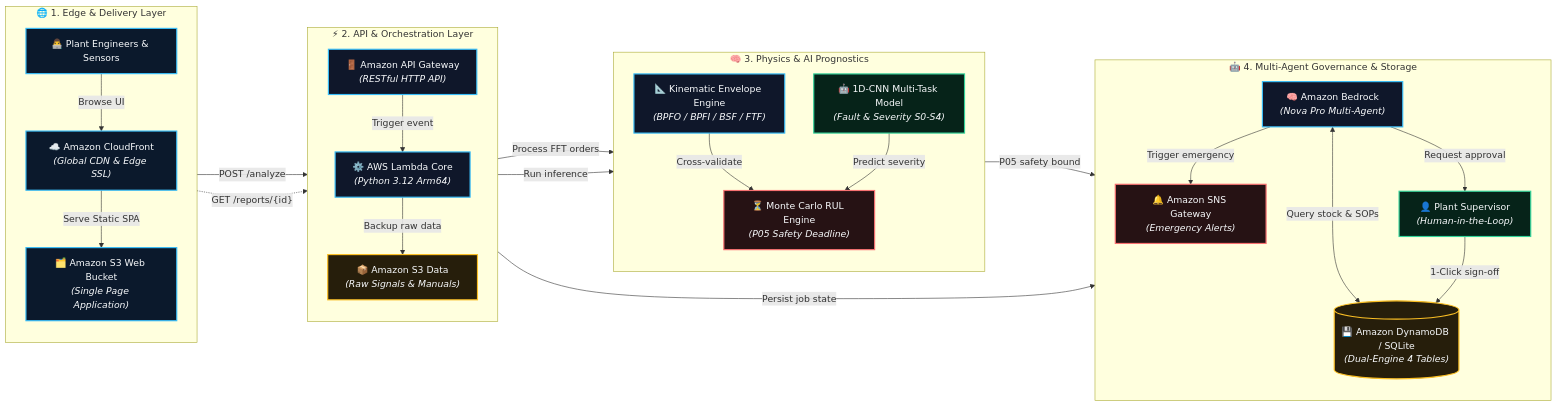
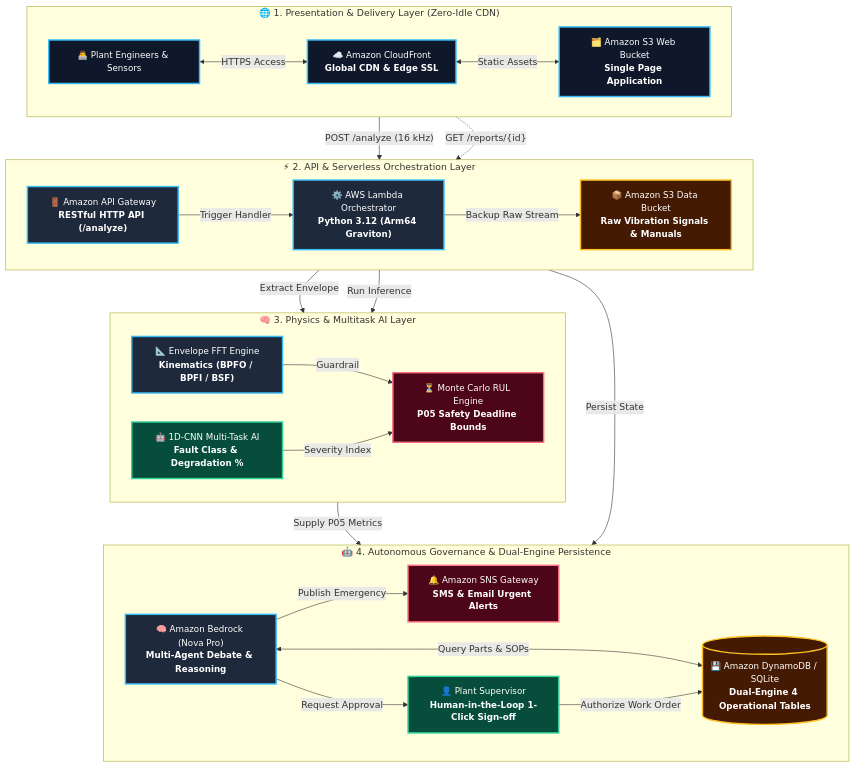
One commit to AungMoonLord/Predictive-Maintenance-Using-Vibration-Data changed the diagram in PRESENTATION.md. Above: the diagram before and after it, drawn with Mermaid. The commit also changed 1 other file, not shown here.

Commit message:
docs: optimize Mermaid diagram layout for GitHub markdown viewport and fix sequence rendering

````diff
--- a/PRESENTATION.md
+++ b/PRESENTATION.md
@@ -82,62 +82,62 @@
 ```mermaid
-flowchart LR
-    %% Modern Pastel & High-Contrast Palette
-    classDef clientClass fill:#0B192C,stroke:#38BDF8,stroke-width:2px,color:#F8FAFC;
-    classDef computeClass fill:#0F172A,stroke:#38BDF8,stroke-width:2px,color:#F8FAFC;
-    classDef aiClass fill:#062319,stroke:#34D399,stroke-width:2px,color:#F8FAFC;
-    classDef dangerClass fill:#261214,stroke:#F87171,stroke-width:2px,color:#F8FAFC;
-    classDef storageClass fill:#261E0B,stroke:#FBBF24,stroke-width:2px,color:#F8FAFC;
+flowchart TD
+    %% Modern High-Contrast Palette with Large Readable Typography
+    classDef edgeClass fill:#0F172A,stroke:#38BDF8,stroke-width:2.5px,color:#FFFFFF,font-size:15px;
+    classDef computeClass fill:#1E293B,stroke:#38BDF8,stroke-width:2.5px,color:#FFFFFF,font-size:15px;
+    classDef aiClass fill:#064E3B,stroke:#34D399,stroke-width:2.5px,color:#FFFFFF,font-size:15px;
+    classDef dangerClass fill:#4C0519,stroke:#FB7185,stroke-width:2.5px,color:#FFFFFF,font-size:15px;
+    classDef storageClass fill:#451A03,stroke:#FBBF24,stroke-width:2.5px,color:#FFFFFF,font-size:15px;
 
-    %% Layer 1: Edge & Presentation
-    subgraph L1 ["🌐 1. Edge & Delivery Layer"]
-        direction TB
-        USER["👨‍💻 Plant Engineers & Sensors"]:::clientClass
-        CF["☁️ Amazon CloudFront<br/><i>(Global CDN & Edge SSL)</i>"]:::clientClass
-        S3W["🗂️ Amazon S3 Web Bucket<br/><i>(Single Page Application)</i>"]:::clientClass
-        USER -->|"Browse UI"| CF
-        CF -->|"Serve Static SPA"| S3W
+    %% Level 1: Client & Delivery
+    subgraph S1 ["🌐 1. Presentation & Delivery Layer (Zero-Idle CDN)"]
+        direction LR
+        USER["👨‍💻 Plant Engineers & Sensors"]:::edgeClass
+        CF["☁️ Amazon CloudFront<br/><b>Global CDN & Edge SSL</b>"]:::edgeClass
+        S3W["🗂️ Amazon S3 Web Bucket<br/><b>Single Page Application</b>"]:::edgeClass
+        USER <-->|"HTTPS Access"| CF
+        CF <-->|"Static Assets"| S3W
     end
 
-    %% Layer 2: API & Orchestration
-    subgraph L2 ["⚡ 2. API & Orchestration Layer"]
-        direction TB
-        API["🚪 Amazon API Gateway<br/><i>(RESTful HTTP API)</i>"]:::computeClass
-        LAM["⚙️ AWS Lambda Core<br/><i>(Python 3.12 Arm64)</i>"]:::computeClass
-        S3D["📦 Amazon S3 Data<br/><i>(Raw Signals & Manuals)</i>"]:::storageClass
-        API -->|"Trigger event"| LAM
-        LAM -->|"Backup raw data"| S3D
+    %% Level 2: API & Core Orchestration
+    subgraph S2 ["⚡ 2. API & Serverless Orchestration Layer"]
+        direction LR
+        APIGW["🚪 Amazon API Gateway<br/><b>RESTful HTTP API (/analyze)</b>"]:::computeClass
+        LAMBDA["⚙️ AWS Lambda Orchestrator<br/><b>Python 3.12 (Arm64 Graviton)</b>"]:::computeClass
+        S3DATA["📦 Amazon S3 Data Bucket<br/><b>Raw Vibration Signals & Manuals</b>"]:::storageClass
+        APIGW -->|"Trigger Handler"| LAMBDA
+        LAMBDA -->|"Backup Raw Stream"| S3DATA
     end
 
-    USER -->|"POST /analyze"| API
+    USER -->|"POST /analyze (16 kHz)"| APIGW
 
-    %% Layer 3: Physics & AI Prognostics
-    subgraph L3 ["🧠 3. Physics & AI Prognostics"]
-        direction TB
-        PHY["📐 Kinematic Envelope Engine<br/><i>(BPFO / BPFI / BSF / FTF)</i>"]:::computeClass
-        MTL["🤖 1D-CNN Multi-Task Model<br/><i>(Fault & Severity S0-S4)</i>"]:::aiClass
-        RUL["⏳ Monte Carlo RUL Engine<br/><i>(P05 Safety Deadline)</i>"]:::dangerClass
-        PHY -->|"Cross-validate"| RUL
-        MTL -->|"Predict severity"| RUL
+    %% Level 3: Physics & AI Prognostics
+    subgraph S3 ["🧠 3. Physics & Multitask AI Layer"]
+        direction LR
+        PHYSICS["📐 Envelope FFT Engine<br/><b>Kinematics (BPFO / BPFI / BSF)</b>"]:::computeClass
+        MTL["🤖 1D-CNN Multi-Task AI<br/><b>Fault Class & Degradation %</b>"]:::aiClass
+        RUL["⏳ Monte Carlo RUL Engine<br/><b>P05 Safety Deadline Bounds</b>"]:::dangerClass
+        PHYSICS -->|"Guardrail"| RUL
+        MTL -->|"Severity Index"| RUL
     end
 
-    LAM -->|"Process FFT orders"| PHY
-    LAM -->|"Run inference"| MTL
+    LAMBDA -->|"Extract Envelope"| PHYSICS
+    LAMBDA -->|"Run Inference"| MTL
 
-    %% Layer 4: Autonomous Governance & Persistence
-    subgraph L4 ["🤖 4. Multi-Agent Governance & Storage"]
-        direction TB
-        BED["🧠 Amazon Bedrock<br/><i>(Nova Pro Multi-Agent)</i>"]:::computeClass
-        DDB[("💾 Amazon DynamoDB / SQLite<br/><i>(Dual-Engine 4 Tables)</i>")]:::storageClass
-        SNS["🔔 Amazon SNS Gateway<br/><i>(Emergency Alerts)</i>"]:::dangerClass
-        HITL["👤 Plant Supervisor<br/><i>(Human-in-the-Loop)</i>"]:::aiClass
+    %% Level 4: Autonomous Governance & Persistence
+    subgraph S4 ["🤖 4. Autonomous Governance & Dual-Engine Persistence"]
+        direction LR
+        BEDROCK["🧠 Amazon Bedrock (Nova Pro)<br/><b>Multi-Agent Debate & Reasoning</b>"]:::computeClass
+        DDB[("💾 Amazon DynamoDB / SQLite<br/><b>Dual-Engine 4 Operational Tables</b>")]:::storageClass
+        SNS["🔔 Amazon SNS Gateway<br/><b>SMS & Email Urgent Alerts</b>"]:::dangerClass
+        HITL["👤 Plant Supervisor<br/><b>Human-in-the-Loop 1-Click Sign-off</b>"]:::aiClass
 
-        BED <-->|"Query stock & SOPs"| DDB
-        BED -->|"Trigger emergency"| SNS
-        BED -->|"Request approval"| HITL
-        HITL -->|"1-Click sign-off"| DDB
+        BEDROCK <-->|"Query Parts & SOPs"| DDB
+        BEDROCK -->|"Publish Emergency"| SNS
+        BEDROCK -->|"Request Approval"| HITL
+        HITL -->|"Authorize Work Order"| DDB
     end
 
-    RUL -->|"P05 safety bound"| BED
-    LAM -->|"Persist job state"| DDB
-    USER -.->|"GET /reports/{id}"| API
+    RUL -->|"Supply P05 Metrics"| BEDROCK
+    LAMBDA -->|"Persist State"| DDB
+    USER -.->|"GET /reports/{id}"| APIGW
 ```
````
